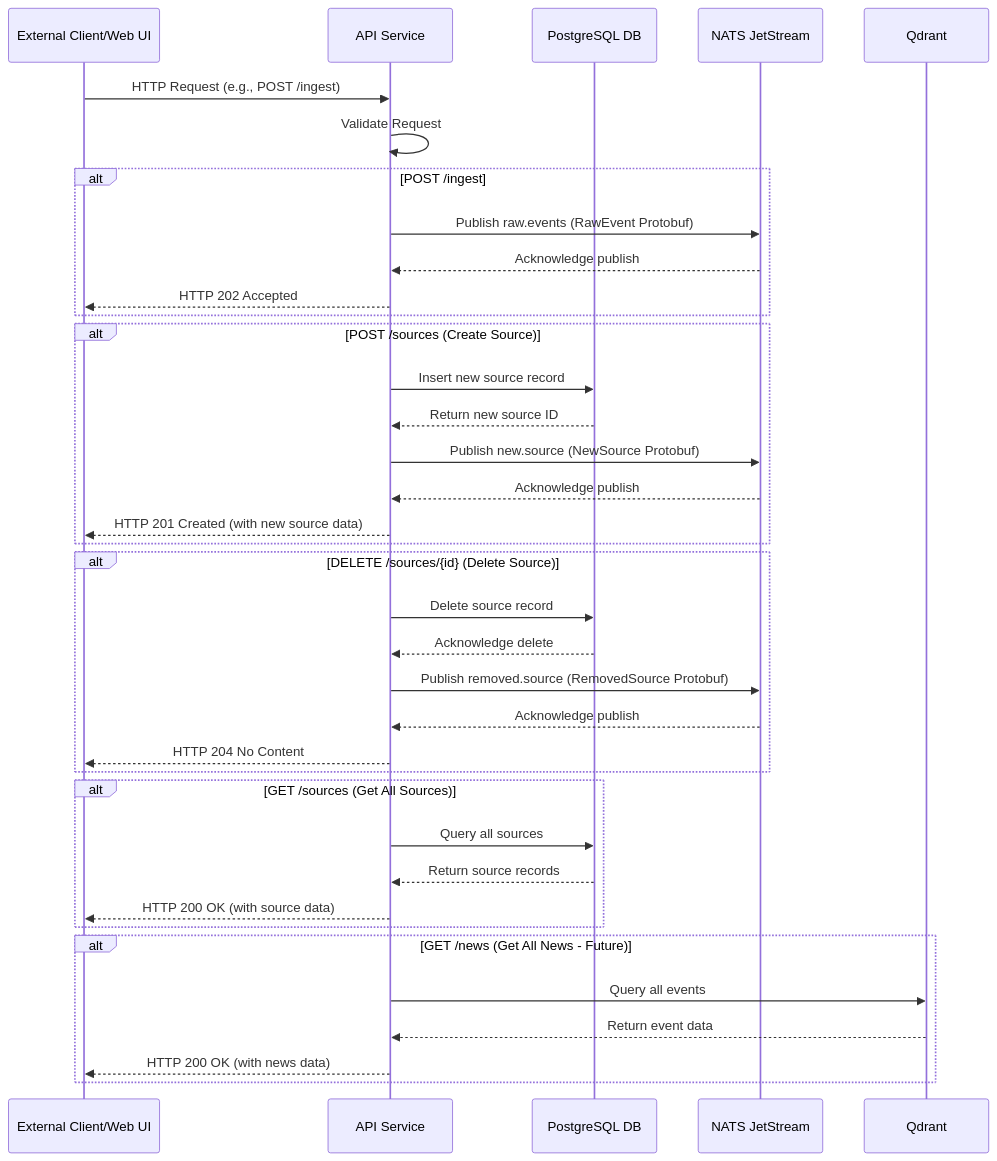
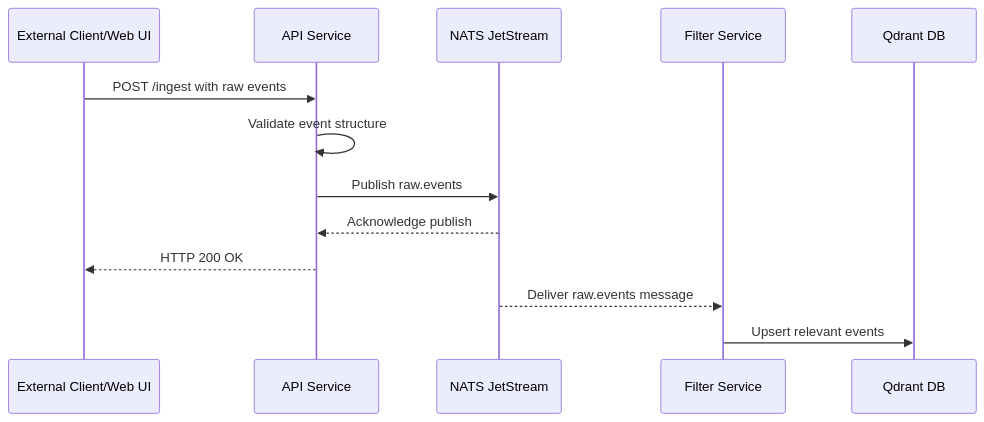
The first of 2 diagrams in docs/api.md (gsantopaolo/sentinel-AI), drawn with Mermaid before and after one commit. The commit also changed other lines of this file and 14 other files, not shown here.

````diff
--- a/docs/api.md
+++ b/docs/api.md
@@ -41,39 +46,17 @@
 ```mermaid
 sequenceDiagram
     participant Client as External Client/Web UI
     participant API as API Service
-    participant Postgres as PostgreSQL DB
     participant NATS as NATS JetStream
+    participant Filter as Filter Service
+    participant Qdrant as Qdrant DB
 
-    Client->>API: HTTP Request (e.g., POST /ingest)
-    API->>API: Validate Request
-    alt POST /ingest
-        API->>NATS: Publish raw.events (RawEvent Protobuf)
-        NATS-->>API: Acknowledge publish
-        API-->>Client: HTTP 202 Accepted
-    end
-    alt POST /sources (Create Source)
-        API->>Postgres: Insert new source record
-        Postgres-->>API: Return new source ID
-        API->>NATS: Publish new.source (NewSource Protobuf)
-        NATS-->>API: Acknowledge publish
-        API-->>Client: HTTP 201 Created (with new source data)
-    end
-    alt DELETE /sources/{id} (Delete Source)
-        API->>Postgres: Delete source record
-        Postgres-->>API: Acknowledge delete
-        API->>NATS: Publish removed.source (RemovedSource Protobuf)
-        NATS-->>API: Acknowledge publish
-        API-->>Client: HTTP 204 No Content
-    end
-    alt GET /sources (Get All Sources)
-        API->>Postgres: Query all sources
-        Postgres-->>API: Return source records
-        API-->>Client: HTTP 200 OK (with source data)
-    end
-    alt GET /news (Get All News - Future)
-        API->>Qdrant: Query all events
-        Qdrant-->>API: Return event data
-        API-->>Client: HTTP 200 OK (with news data)
-    end
+    Client->>API: POST /ingest with raw events
+    API->>API: Validate event structure
+    API->>NATS: Publish raw.events
+    NATS-->>API: Acknowledge publish
+    API-->>Client: HTTP 200 OK
+    
+    NATS-->>Filter: Deliver raw.events message
+    Filter->>Qdrant: Upsert relevant events
 ```
````
